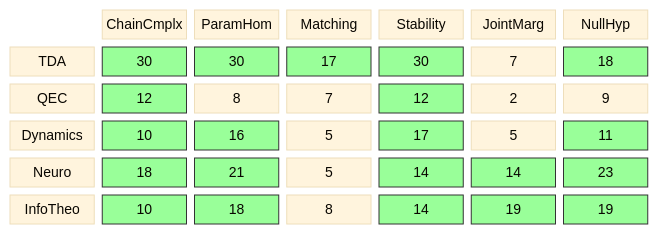
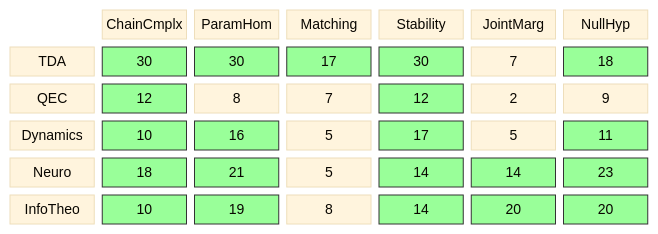
The diagram in diagrams/coverage-matrix.md (musicofhel/topoyolo), drawn with Mermaid before and after one commit. The commit also changed other lines of this file and 7 other files, not shown here.

````diff
--- a/diagrams/coverage-matrix.md
+++ b/diagrams/coverage-matrix.md
@@ -21,34 +21,34 @@
 ```mermaid
 %%{init: {'theme': 'base', 'themeVariables': {'fontSize': '14px'}}}%%
 block-beta
   columns 7
 
   space:1 CC["ChainCmplx"] PH["ParamHom"] MA["Matching"] ST["Stability"] JM["JointMarg"] NH["NullHyp"]
 
   TDA["TDA"] TDA_CC["30"] TDA_PH["30"] TDA_MA["17"] TDA_ST["30"] TDA_JM["7"] TDA_NH["18"]
   QEC["QEC"] QEC_CC["12"] QEC_PH["8"] QEC_MA["7"] QEC_ST["12"] QEC_JM["2"] QEC_NH["9"]
   DYN["Dynamics"] DYN_CC["10"] DYN_PH["16"] DYN_MA["5"] DYN_ST["17"] DYN_JM["5"] DYN_NH["11"]
   NEU["Neuro"] NEU_CC["18"] NEU_PH["21"] NEU_MA["5"] NEU_ST["14"] NEU_JM["14"] NEU_NH["23"]
-  IT["InfoTheo"] IT_CC["10"] IT_PH["18"] IT_MA["8"] IT_ST["14"] IT_JM["19"] IT_NH["19"]
+  IT["InfoTheo"] IT_CC["10"] IT_PH["19"] IT_MA["8"] IT_ST["14"] IT_JM["20"] IT_NH["20"]
   style TDA_CC fill:#9f9,stroke:#333
   style TDA_PH fill:#9f9,stroke:#333
   style TDA_MA fill:#9f9,stroke:#333
   style TDA_ST fill:#9f9,stroke:#333
   style TDA_NH fill:#9f9,stroke:#333
   style QEC_CC fill:#9f9,stroke:#333
   style QEC_ST fill:#9f9,stroke:#333
   style DYN_CC fill:#9f9,stroke:#333
   style DYN_PH fill:#9f9,stroke:#333
   style DYN_ST fill:#9f9,stroke:#333
   style DYN_NH fill:#9f9,stroke:#333
   style NEU_CC fill:#9f9,stroke:#333
   style NEU_PH fill:#9f9,stroke:#333
   style NEU_ST fill:#9f9,stroke:#333
   style NEU_JM fill:#9f9,stroke:#333
   style NEU_NH fill:#9f9,stroke:#333
   style IT_CC fill:#9f9,stroke:#333
   style IT_PH fill:#9f9,stroke:#333
   style IT_ST fill:#9f9,stroke:#333
   style IT_JM fill:#9f9,stroke:#333
   style IT_NH fill:#9f9,stroke:#333
 ```
````
